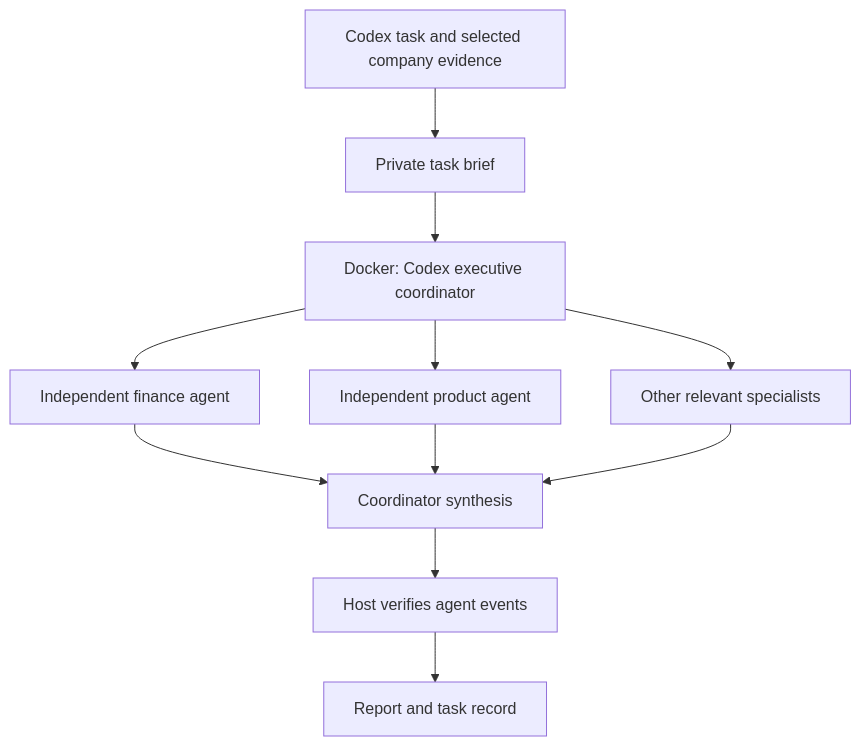
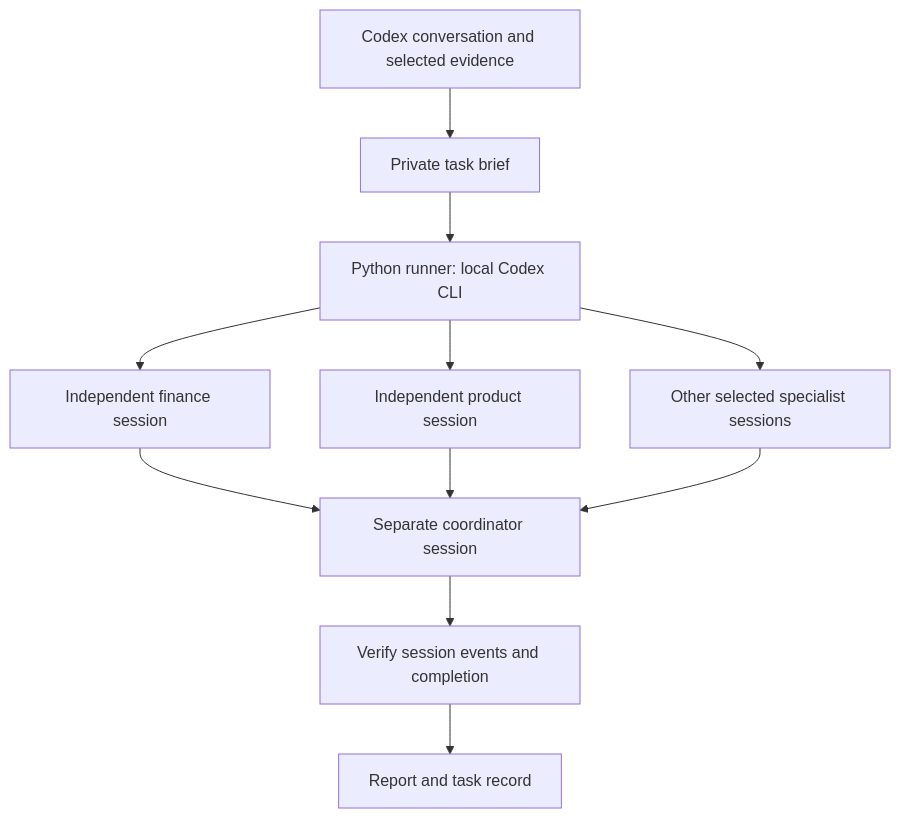
Before and after one commit to NicolayBang/OpenExecutive: the diagram in README.md, drawn with Mermaid. The commit also changed other lines of this file and 9 other files, not shown here.

Commit message:
refactor(council): reuse the signed-in local Codex CLI

````diff
--- a/README.md
+++ b/README.md
@@ -32,13 +32,13 @@
 ```mermaid
 flowchart TD
-    A[Codex task and selected company evidence] --> B[Private task brief]
-    B --> C[Docker: Codex executive coordinator]
-    C --> D[Independent finance agent]
-    C --> E[Independent product agent]
-    C --> F[Other relevant specialists]
-    D --> G[Coordinator synthesis]
+    A[Codex conversation and selected evidence] --> B[Private task brief]
+    B --> C[Python runner: local Codex CLI]
+    C --> D[Independent finance session]
+    C --> E[Independent product session]
+    C --> F[Other selected specialist sessions]
+    D --> G[Separate coordinator session]
     E --> G
     F --> G
-    G --> H[Host verifies agent events]
+    G --> H[Verify session events and completion]
     H --> I[Report and task record]
 ```
````
